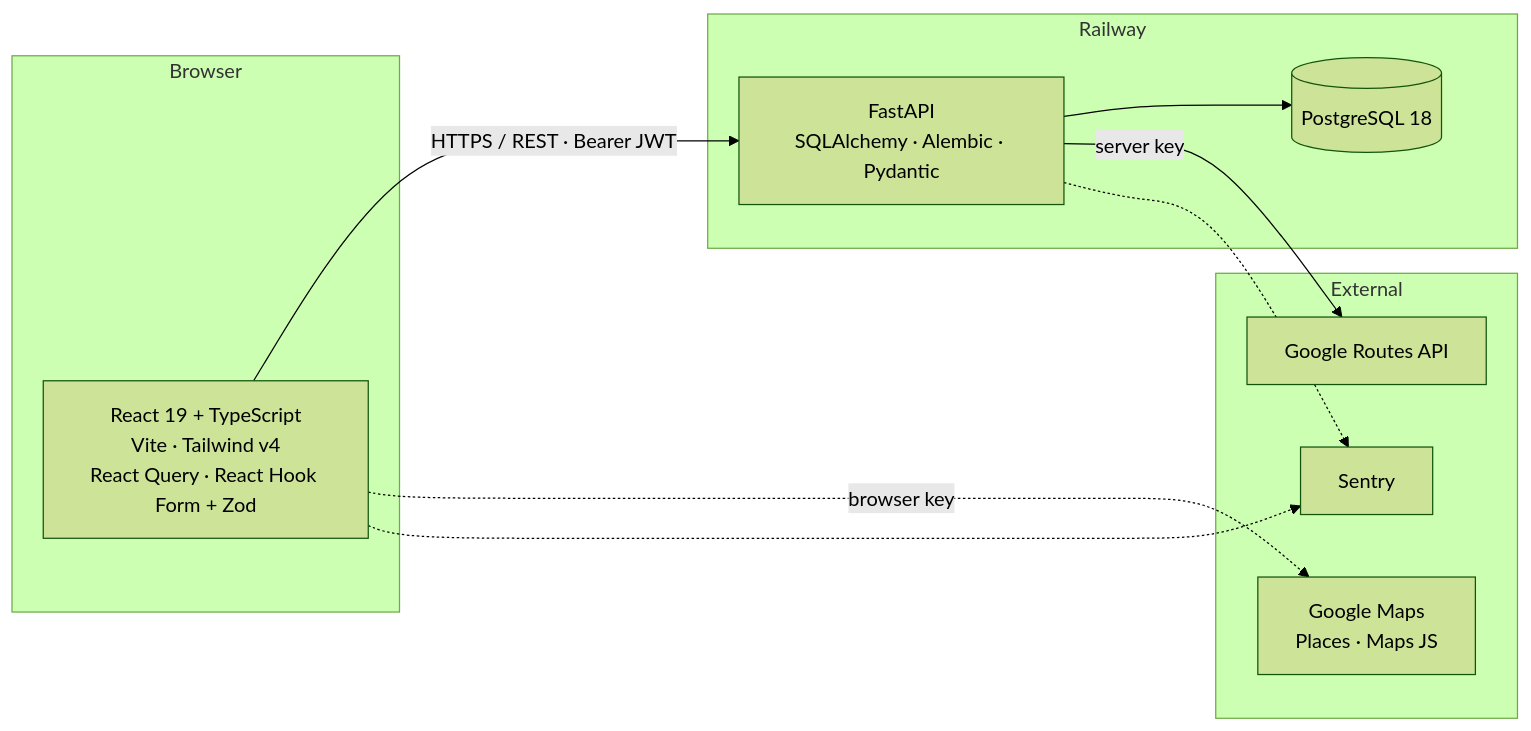
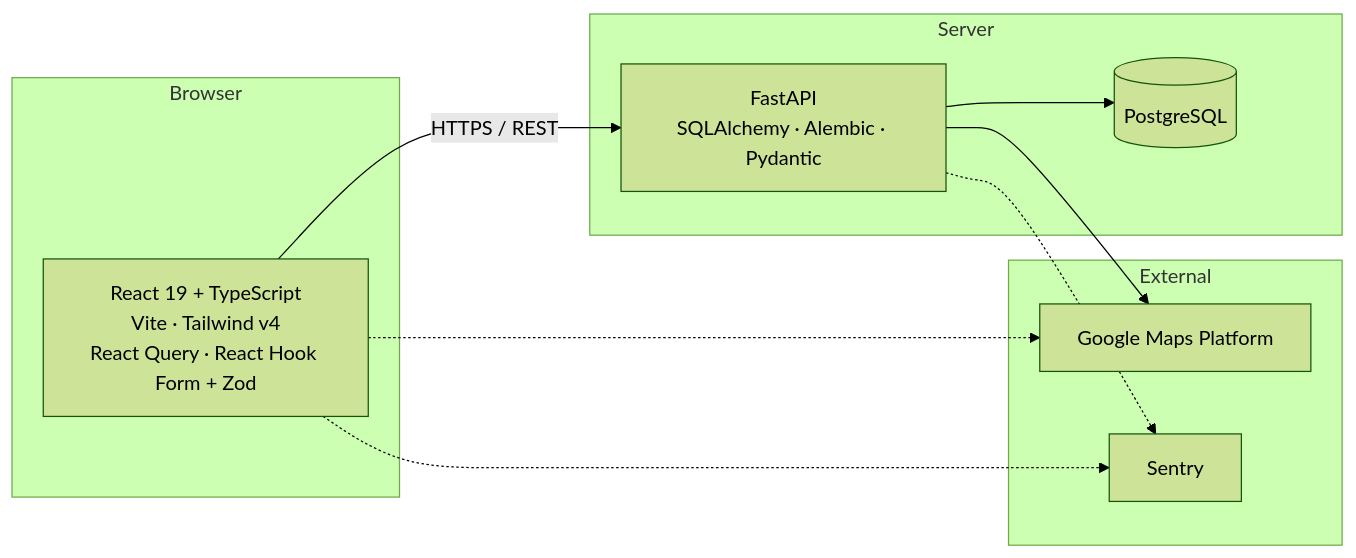
Before and after one commit to mutindarisper/dispatchly-showcase: the second of 3 diagrams in README.md, drawn with Mermaid (forest theme). The commit also changed other lines of this file, not shown here.

````diff
--- a/README.md
+++ b/README.md
@@ -82,22 +81,21 @@
 ```mermaid
 flowchart LR
     subgraph Browser
         R["React 19 + TypeScript<br/>Vite · Tailwind v4<br/>React Query · React Hook Form + Zod"]
     end
-    subgraph Railway
+    subgraph Server
         F["FastAPI<br/>SQLAlchemy · Alembic · Pydantic"]
-        P[("PostgreSQL 18")]
+        P[("PostgreSQL")]
     end
     subgraph External
-        G["Google Maps<br/>Places · Maps JS"]
-        RT["Google Routes API"]
+        G["Google Maps Platform"]
         S["Sentry"]
     end
 
-    R -->|"HTTPS / REST · Bearer JWT"| F
+    R -->|"HTTPS / REST"| F
     F --> P
-    R -.->|"browser key"| G
-    F -->|"server key"| RT
+    R -.-> G
+    F --> G
     R -.-> S
     F -.-> S
 ```
````
